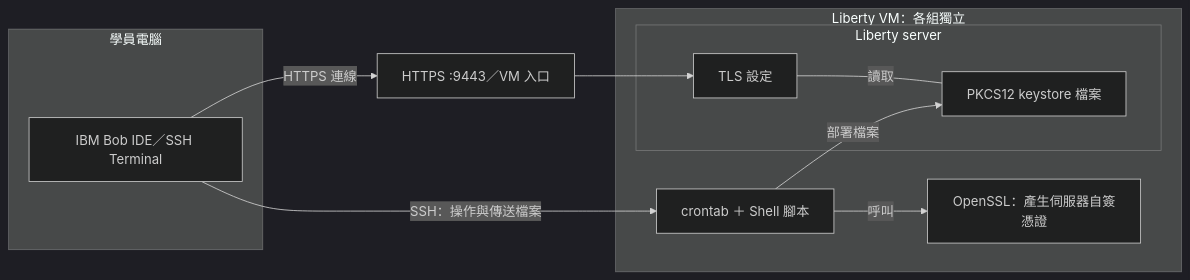
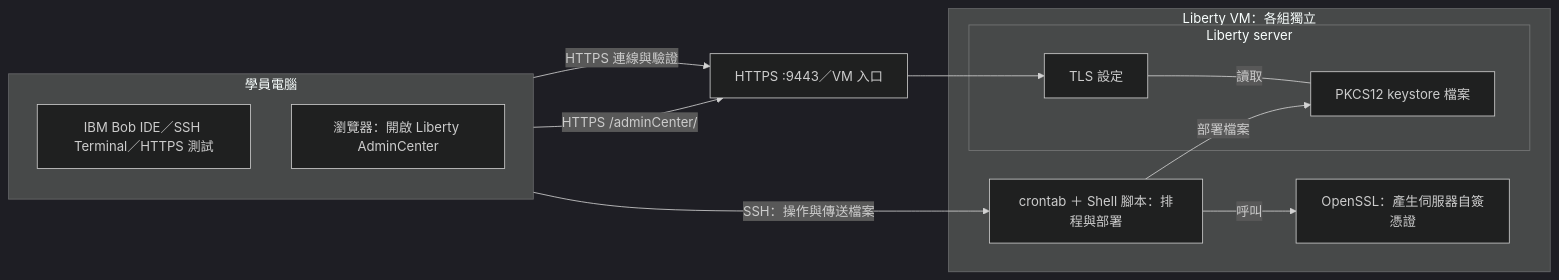
One commit to icewater30012/bob-workshop-spop changed the diagram in topics/vault-liberty-clm/parts/part-4-openssl-shell.md. Above: the diagram before and after it, drawn with Mermaid (dark theme). The commit also changed 14 other files, not shown here.

Commit message:
docs: redraw Part 1-4 architecture diagrams, add AdminCenter browser access

````diff
--- a/topics/vault-liberty-clm/parts/part-4-openssl-shell.md
+++ b/topics/vault-liberty-clm/parts/part-4-openssl-shell.md
@@ -9,21 +9,24 @@
 ```mermaid
 flowchart LR
   subgraph STUDENT["學員電腦"]
-    B["IBM Bob IDE／SSH Terminal"]
+    direction TB
+    B["IBM Bob IDE／SSH Terminal／HTTPS 測試"]
+    A1["瀏覽器：開啟 Liberty AdminCenter"]
   end
   E["HTTPS :9443／VM 入口"]
-  subgraph VM["Liberty VM：各組獨立"]
-    C["crontab ＋ Shell 腳本"]
+  subgraph LIBERTY["Liberty VM：各組獨立"]
+    C["crontab ＋ Shell 腳本：排程與部署"]
     O["OpenSSL：產生伺服器自簽憑證"]
     subgraph APP["Liberty server"]
       L["TLS 設定"]
       K["PKCS12 keystore 檔案"]
       L ---|讀取| K
     end
     C -->|呼叫| O
     C -->|部署檔案| K
   end
   B -->|SSH：操作與傳送檔案| C
-  B -->|HTTPS 連線| E
+  B -->|HTTPS 連線與驗證| E
+  A1 -->|HTTPS /adminCenter/| E
   E --> L
 ```
````
